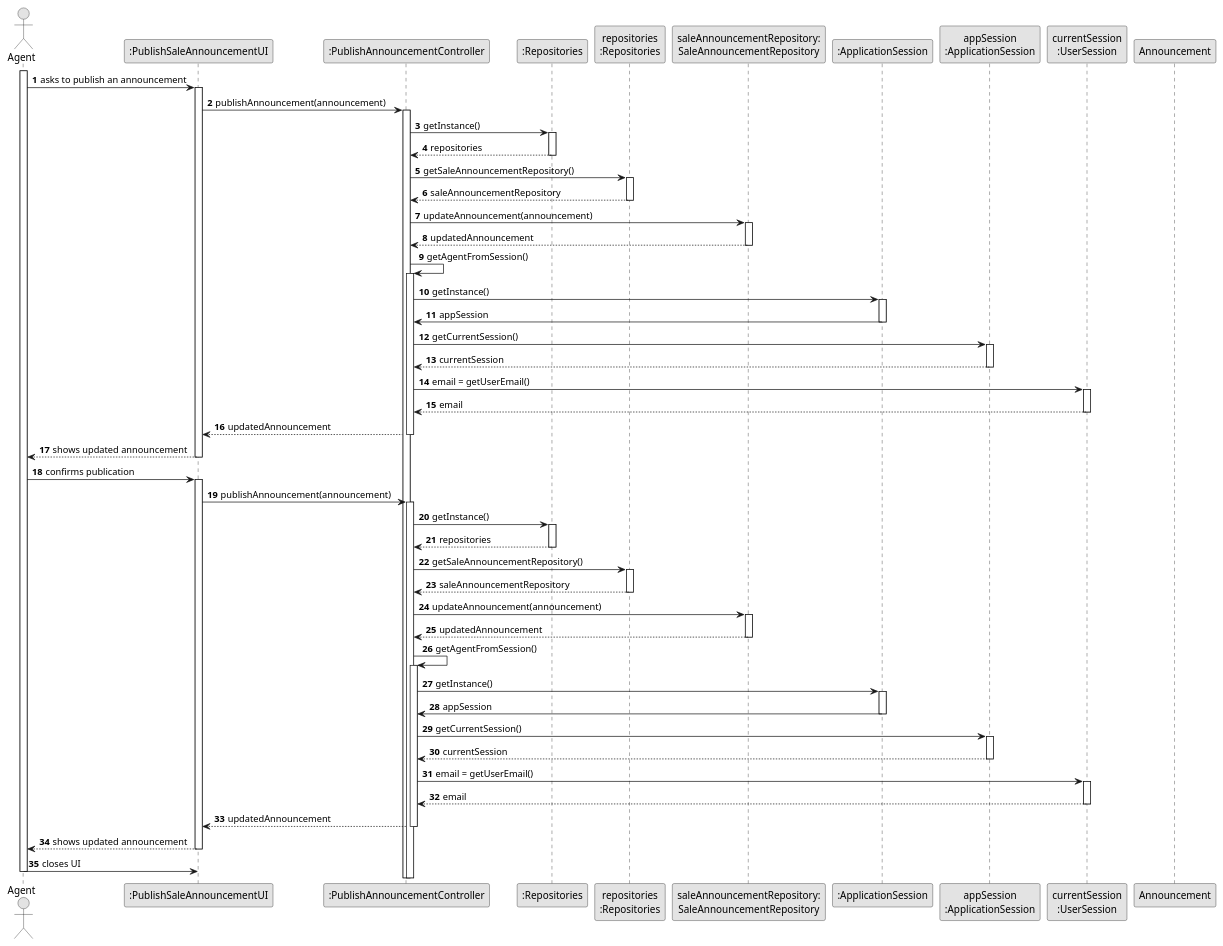
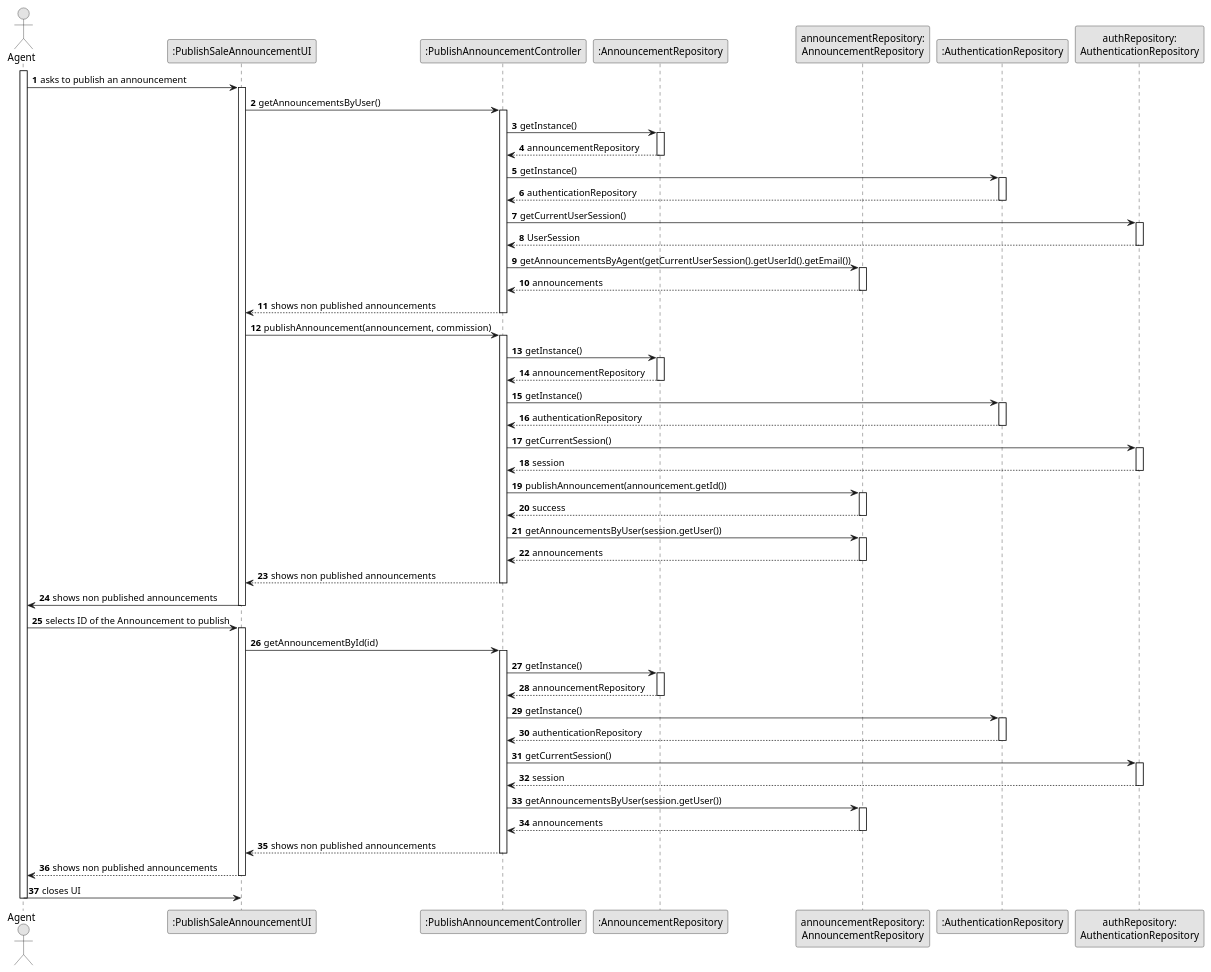
Before and after one commit to Goncalves2525/real-estate-management-system: the diagram in docs/sprintB/us002/03.design/puml/us002-sequence-diagram-full.puml, drawn with PlantUML. The commit also changed 35 other files, not shown here.

```diff
--- a/docs/sprintB/us002/03.design/puml/us002-sequence-diagram-full.puml
+++ b/docs/sprintB/us002/03.design/puml/us002-sequence-diagram-full.puml
@@ -1,128 +1,133 @@
 @startuml
 skinparam monochrome true
 skinparam packageStyle rectangle
 skinparam shadowing false
 
 autonumber
 
 'hide footbox
 actor "Agent" as AGENT
 participant ":PublishSaleAnnouncementUI" as UI
 participant ":PublishAnnouncementController" as CTRL
-participant ":Repositories" as RepositorySingleton
-participant "repositories\n:Repositories" as REPO
-participant "saleAnnouncementRepository:\nSaleAnnouncementRepository" as SaleAnnouncementRepository
-participant ":ApplicationSession" as _APP
-participant "appSession\n:ApplicationSession" as APP
-participant "currentSession\n:UserSession" as SESSION
-participant "Announcement" as ANN
+participant ":AnnouncementRepository" as RepositorySingleton
+participant "announcementRepository:\nAnnouncementRepository" as AnnouncementRepository
+participant ":AuthenticationRepository" as AuthSingleton
+participant "authRepository:\nAuthenticationRepository" as AuthenticationRepository
+'participant "Commission" as COMMISSION
+'participant "Announcement" as ANN
 
 activate AGENT
 
 AGENT -> UI : asks to publish an announcement
 
 activate UI
 
-    UI -> CTRL : publishAnnouncement(announcement)
-    activate CTRL
+UI -> CTRL : getAnnouncementsByUser()
+activate CTRL
 
-        CTRL -> RepositorySingleton : getInstance()
-        activate RepositorySingleton
+    CTRL -> RepositorySingleton : getInstance()
+    activate RepositorySingleton
 
-            RepositorySingleton --> CTRL: repositories
-        deactivate RepositorySingleton
+        RepositorySingleton --> CTRL: announcementRepository
+    deactivate RepositorySingleton
 
-        CTRL -> REPO : getSaleAnnouncementRepository()
-        activate REPO
+    CTRL -> AuthSingleton : getInstance()
+    activate AuthSingleton
 
-            REPO --> CTRL: saleAnnouncementRepository
-        deactivate REPO
+        AuthSingleton --> CTRL: authenticationRepository
+    deactivate AuthSingleton
 
-        CTRL -> SaleAnnouncementRepository : updateAnnouncement(announcement)
-        activate SaleAnnouncementRepository
+    CTRL -> AuthenticationRepository : getCurrentUserSession()
+    activate AuthenticationRepository
 
-            SaleAnnouncementRepository --> CTRL : updatedAnnouncement
-        deactivate SaleAnnouncementRepository
+        AuthenticationRepository --> CTRL: UserSession
+    deactivate AuthenticationRepository
 
-        CTRL -> CTRL : getAgentFromSession()
-        activate CTRL
+    CTRL -> AnnouncementRepository : getAnnouncementsByAgent(getCurrentUserSession().getUserId().getEmail())
+    activate AnnouncementRepository
 
-            CTRL -> _APP: getInstance()
-            activate _APP
-                _APP -> CTRL: appSession
-            deactivate _APP
+        AnnouncementRepository --> CTRL: announcements
+    deactivate AnnouncementRepository
 
-            CTRL -> APP: getCurrentSession()
-            activate APP
+    CTRL --> UI : shows non published announcements
+deactivate CTRL
 
-                APP --> CTRL: currentSession
-            deactivate APP
+UI -> CTRL : publishAnnouncement(announcement, commission)
+activate CTRL
 
-            CTRL -> SESSION: email = getUserEmail()
-            activate SESSION
+    CTRL -> RepositorySingleton : getInstance()
+    activate RepositorySingleton
 
-                SESSION --> CTRL: email
-            deactivate SESSION
+        RepositorySingleton --> CTRL: announcementRepository
+    deactivate RepositorySingleton
 
-        CTRL --> UI : updatedAnnouncement
+    CTRL -> AuthSingleton : getInstance()
+    activate AuthSingleton
 
-    deactivate CTRL
+        AuthSingleton --> CTRL: authenticationRepository
+    deactivate AuthSingleton
 
-    UI --> AGENT : shows updated announcement
+    CTRL -> AuthenticationRepository : getCurrentSession()
+    activate AuthenticationRepository
+
+        AuthenticationRepository --> CTRL: session
+    deactivate AuthenticationRepository
+
+    CTRL -> AnnouncementRepository : publishAnnouncement(announcement.getId())
+    activate AnnouncementRepository
+
+        AnnouncementRepository --> CTRL: success
+    deactivate AnnouncementRepository
+
+    CTRL -> AnnouncementRepository : getAnnouncementsByUser(session.getUser())
+    activate AnnouncementRepository
+
+        AnnouncementRepository --> CTRL: announcements
+    deactivate AnnouncementRepository
+
+    CTRL --> UI : shows non published announcements
+deactivate CTRL
+
+UI -> AGENT : shows non published announcements
 deactivate UI
 
-AGENT -> UI : confirms publication
+AGENT -> UI : selects ID of the Announcement to publish
 activate UI
 
-    UI -> CTRL : publishAnnouncement(announcement)
-    activate CTRL
+UI -> CTRL : getAnnouncementById(id)
+activate CTRL
 
-        CTRL -> RepositorySingleton : getInstance()
-        activate RepositorySingleton
+    CTRL -> RepositorySingleton : getInstance()
+    activate RepositorySingleton
 
-            RepositorySingleton --> CTRL: repositories
-        deactivate RepositorySingleton
+        RepositorySingleton --> CTRL: announcementRepository
+    deactivate RepositorySingleton
 
-        CTRL -> REPO : getSaleAnnouncementRepository()
-        activate REPO
+    CTRL -> AuthSingleton : getInstance()
+    activate AuthSingleton
 
-            REPO --> CTRL: saleAnnouncementRepository
-        deactivate REPO
+        AuthSingleton --> CTRL: authenticationRepository
+    deactivate AuthSingleton
 
-        CTRL -> SaleAnnouncementRepository : updateAnnouncement(announcement)
-        activate SaleAnnouncementRepository
+    CTRL -> AuthenticationRepository : getCurrentSession()
+    activate AuthenticationRepository
 
-            SaleAnnouncementRepository --> CTRL : updatedAnnouncement
-        deactivate SaleAnnouncementRepository
+        AuthenticationRepository --> CTRL: session
+    deactivate AuthenticationRepository
 
-        CTRL -> CTRL : getAgentFromSession()
-        activate CTRL
+    CTRL -> AnnouncementRepository : getAnnouncementsByUser(session.getUser())
+    activate AnnouncementRepository
 
-            CTRL -> _APP: getInstance()
-            activate _APP
-                _APP -> CTRL: appSession
-            deactivate _APP
+        AnnouncementRepository --> CTRL: announcements
+    deactivate AnnouncementRepository
 
-            CTRL -> APP: getCurrentSession()
-            activate APP
+    CTRL --> UI : shows non published announcements
+deactivate CTRL
 
-                APP --> CTRL: currentSession
-            deactivate APP
-
-            CTRL -> SESSION: email = getUserEmail()
-            activate SESSION
-
-                SESSION --> CTRL: email
-            deactivate SESSION
-
-        CTRL --> UI : updatedAnnouncement
-
-    deactivate CTRL
-
-    UI --> AGENT : shows updated announcement
+UI --> AGENT : shows non published announcements
 deactivate UI
 
 AGENT -> UI : closes UI
 deactivate AGENT
 deactivate UI
 @enduml
```
